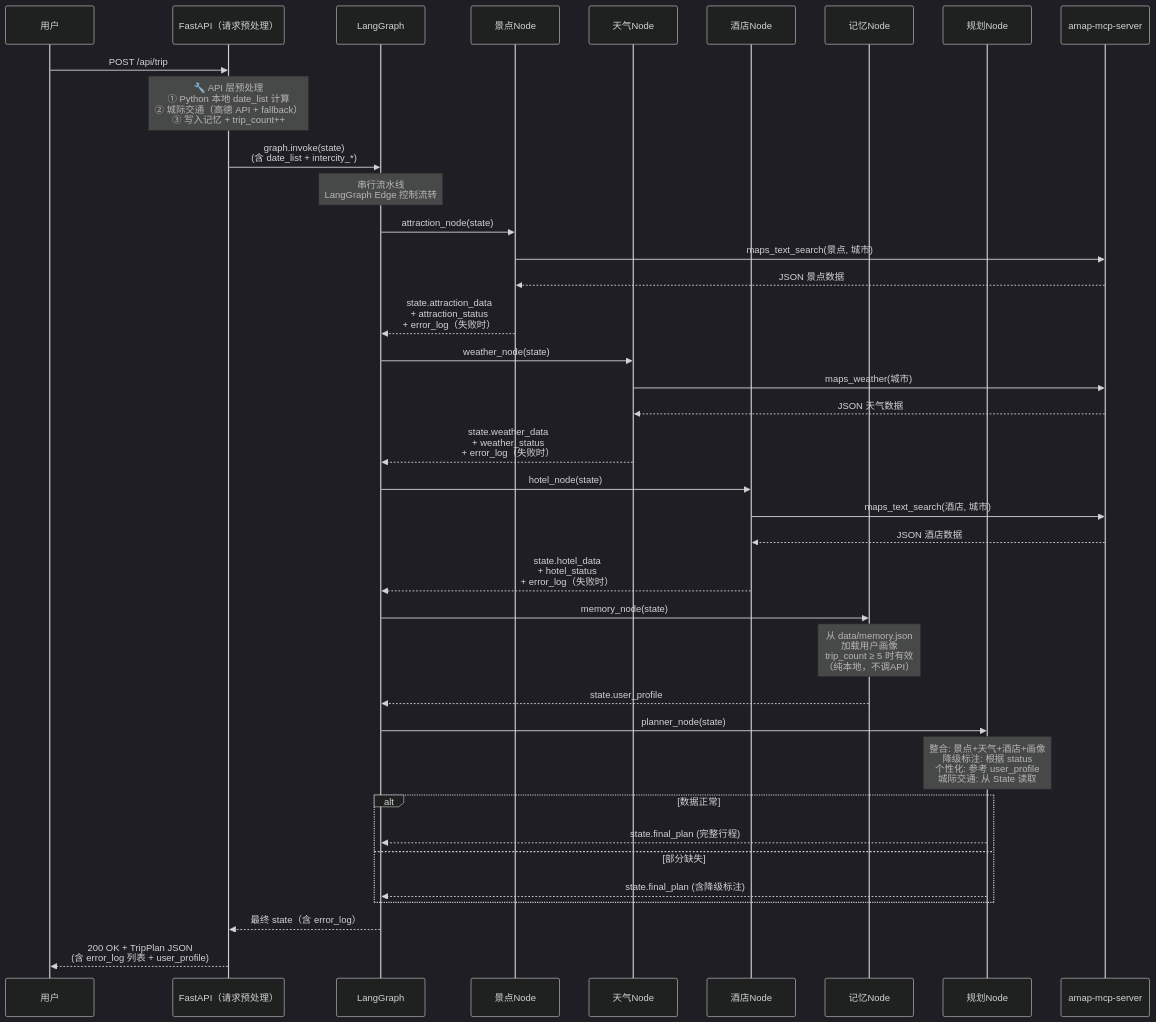
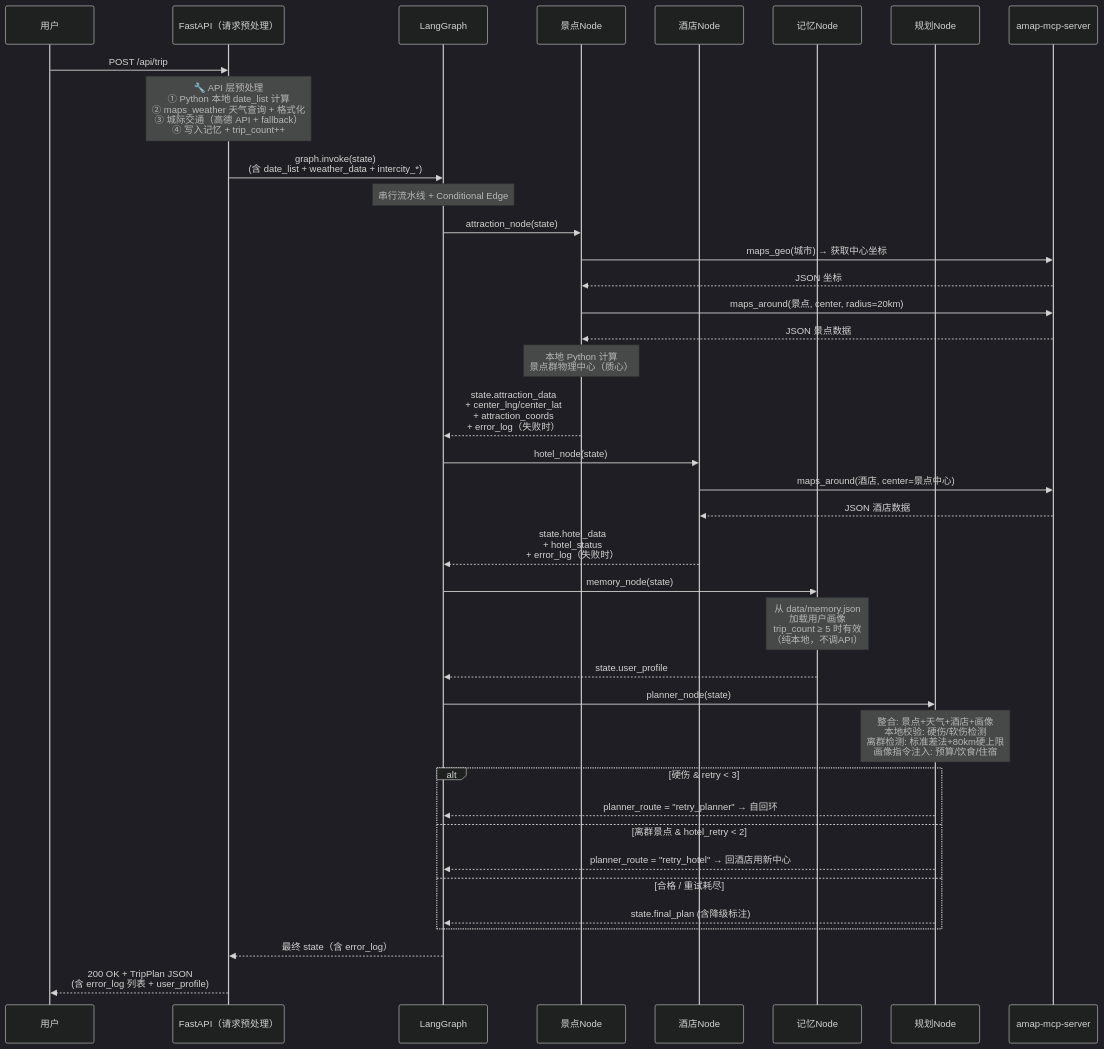
One commit to SuperGODOG/tripplanner changed the third of 7 diagrams in ARCHITECTURE.md. Above: the diagram before and after it, drawn with Mermaid (dark theme). The commit also changed other lines of this file and 1 other file, not shown here.

````diff
--- a/ARCHITECTURE.md
+++ b/ARCHITECTURE.md
@@ -100,51 +99,50 @@
 ```mermaid
 sequenceDiagram
     participant User as 用户
     participant API as FastAPI（请求预处理）
     participant Graph as LangGraph
     participant Attr as 景点Node
-    participant Wthr as 天气Node
     participant Hotel as 酒店Node
     participant Mem as 记忆Node
     participant Plan as 规划Node
     participant MCP as amap-mcp-server
 
     User->>API: POST /api/trip
 
-    Note over API: 🔧 API 层预处理<br/>① Python 本地 date_list 计算<br/>② 城际交通（高德 API + fallback）<br/>③ 写入记忆 + trip_count++
+    Note over API: 🔧 API 层预处理<br/>① Python 本地 date_list 计算<br/>② maps_weather 天气查询 + 格式化<br/>③ 城际交通（高德 API + fallback）<br/>④ 写入记忆 + trip_count++
 
-    API->>Graph: graph.invoke(state)<br/>(含 date_list + intercity_*)
+    API->>Graph: graph.invoke(state)<br/>(含 date_list + weather_data + intercity_*)
 
-    Note over Graph: 串行流水线<br/>LangGraph Edge 控制流转
+    Note over Graph: 串行流水线 + Conditional Edge
 
     Graph->>Attr: attraction_node(state)
-    Attr->>MCP: maps_text_search(景点, 城市)
+    Attr->>MCP: maps_geo(城市) → 获取中心坐标
+    MCP-->>Attr: JSON 坐标
+    Attr->>MCP: maps_around(景点, center, radius=20km)
     MCP-->>Attr: JSON 景点数据
-    Attr-->>Graph: state.attraction_data<br/>+ attraction_status<br/>+ error_log（失败时）
-
-    Graph->>Wthr: weather_node(state)
-    Wthr->>MCP: maps_weather(城市)
-    MCP-->>Wthr: JSON 天气数据
-    Wthr-->>Graph: state.weather_data<br/>+ weather_status<br/>+ error_log（失败时）
+    Note over Attr: 本地 Python 计算<br/>景点群物理中心（质心）
+    Attr-->>Graph: state.attraction_data<br/>+ center_lng/center_lat<br/>+ attraction_coords<br/>+ error_log（失败时）
 
     Graph->>Hotel: hotel_node(state)
-    Hotel->>MCP: maps_text_search(酒店, 城市)
+    Hotel->>MCP: maps_around(酒店, center=景点中心)
     MCP-->>Hotel: JSON 酒店数据
     Hotel-->>Graph: state.hotel_data<br/>+ hotel_status<br/>+ error_log（失败时）
 
     Graph->>Mem: memory_node(state)
     Note over Mem: 从 data/memory.json<br/>加载用户画像<br/>trip_count ≥ 5 时有效<br/>（纯本地，不调API）
     Mem-->>Graph: state.user_profile
 
     Graph->>Plan: planner_node(state)
-    Note over Plan: 整合: 景点+天气+酒店+画像<br/>降级标注: 根据 status<br/>个性化: 参考 user_profile<br/>城际交通: 从 State 读取
+    Note over Plan: 整合: 景点+天气+酒店+画像<br/>本地校验: 硬伤/软伤检测<br/>离群检测: 标准差法+80km硬上限<br/>画像指令注入: 预算/饮食/住宿
 
-    alt 数据正常
-        Plan-->>Graph: state.final_plan (完整行程)
-    else 部分缺失
+    alt 硬伤 & retry < 3
+        Plan-->>Graph: planner_route = "retry_planner" → 自回环
+    else 离群景点 & hotel_retry < 2
+        Plan-->>Graph: planner_route = "retry_hotel" → 回酒店用新中心
+    else 合格 / 重试耗尽
         Plan-->>Graph: state.final_plan (含降级标注)
     end
 
     Graph-->>API: 最终 state（含 error_log）
     API-->>User: 200 OK + TripPlan JSON<br/>(含 error_log 列表 + user_profile)
 ```
````
